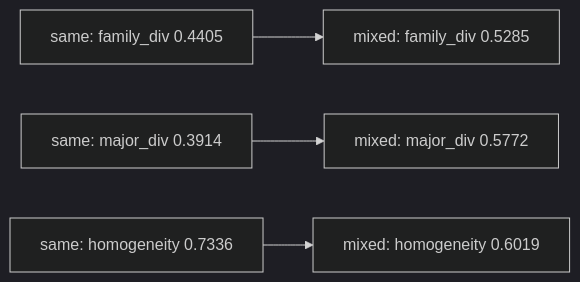
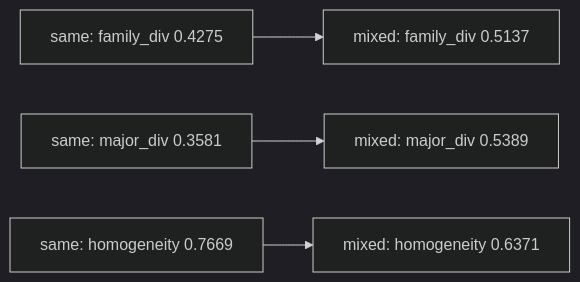
One commit to mmmmyyyxx/multi_agent_diversity changed the second of 3 diagrams in prove_experiments/result_analysis_by_matrix.md. Above: the diagram before and after it, drawn with Mermaid (dark theme). The commit also changed other lines of this file and 143 other files, not shown here.

````diff
--- a/prove_experiments/result_analysis_by_matrix.md
+++ b/prove_experiments/result_analysis_by_matrix.md
@@ -98,6 +99,6 @@
 ```mermaid
 flowchart LR
-    A[same: family_div 0.4405] --> B[mixed: family_div 0.5285]
-    C[same: major_div 0.3914] --> D[mixed: major_div 0.5772]
-    E[same: homogeneity 0.7336] --> F[mixed: homogeneity 0.6019]
+    A[same: family_div 0.4275] --> B[mixed: family_div 0.5137]
+    C[same: major_div 0.3581] --> D[mixed: major_div 0.5389]
+    E[same: homogeneity 0.7669] --> F[mixed: homogeneity 0.6371]
 ```
````
